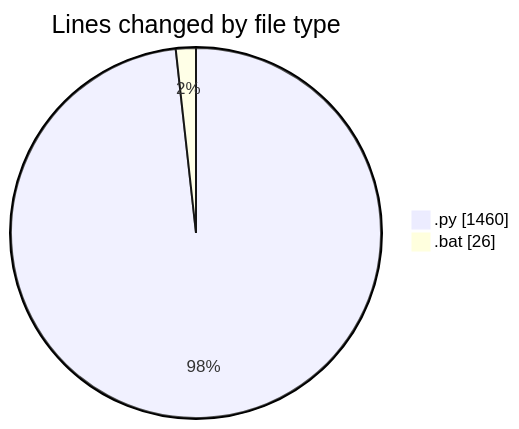
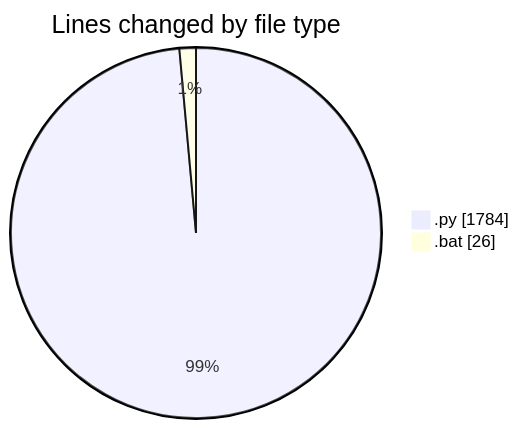
One commit to FelipKnott/code-tracking changed the first of 2 diagrams in 2025-07-03/cursor/README.md. Above: the diagram before and after it, drawn with Mermaid. The commit also changed other lines of this file and 1 other file, not shown here.

````diff
--- a/2025-07-03/cursor/README.md
+++ b/2025-07-03/cursor/README.md
@@ -28,6 +29,6 @@
 ```mermaid
 pie showData
 title Lines changed by file type
-".py" : 1460
+".py" : 1784
 ".bat" : 26
 ```
````
